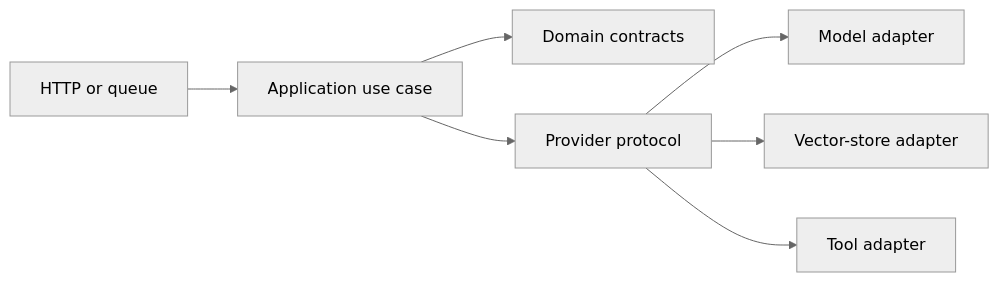
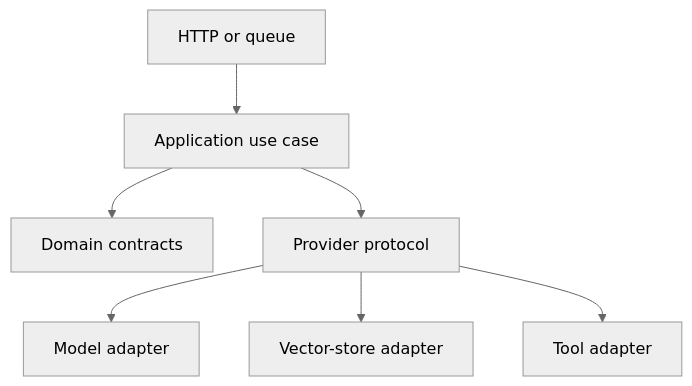
One commit to TP-Coder-Innovation-Hub/ai-platform-engineering changed the diagram in 03-python-for-ai-services/README.md. Above: the diagram before and after it, drawn with Mermaid (neutral theme).

Commit message:
Fix Python service diagram layout

````diff
--- a/03-python-for-ai-services/README.md
+++ b/03-python-for-ai-services/README.md
@@ -58,9 +58,9 @@
 ```mermaid
-flowchart LR
+flowchart TB
     H[HTTP or queue] --> A[Application use case]
     A --> D[Domain contracts]
     A --> P[Provider protocol]
     P --> M[Model adapter]
     P --> V[Vector-store adapter]
     P --> T[Tool adapter]
 ```
````
